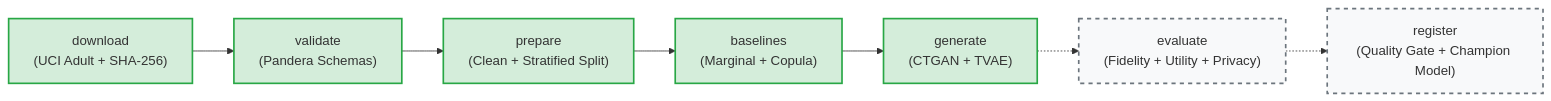
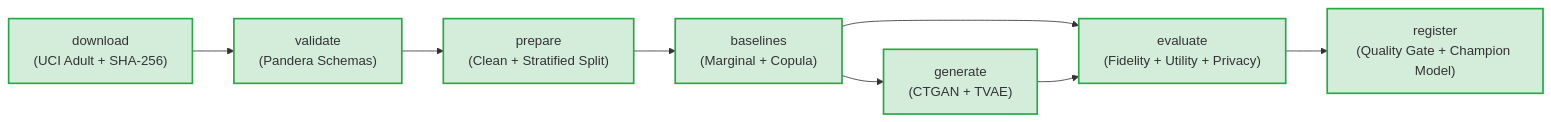
One commit to turab1020/SynthGuard-Ops changed the diagram in README.md. Above: the diagram before and after it, drawn with Mermaid. The commit also changed other lines of this file, not shown here.

Commit message:
docs: update README with T15/T20 test wiring and project roadmap

````diff
--- a/README.md
+++ b/README.md
@@ -34,14 +34,13 @@
 ```mermaid
 flowchart LR
     A["download\n(UCI Adult + SHA-256)"] --> B["validate\n(Pandera Schemas)"]
     B --> C["prepare\n(Clean + Stratified Split)"]
     C --> D["baselines\n(Marginal + Copula)"]
     D --> E["generate\n(CTGAN + TVAE)"]
-    E -.-> F["evaluate\n(Fidelity + Utility + Privacy)"]
-    F -.-> G["register\n(Quality Gate + Champion Model)"]
+    D --> F["evaluate\n(Fidelity + Utility + Privacy)"]
+    E --> F
+    F --> G["register\n(Quality Gate + Champion Model)"]
 
     classDef completed fill:#d4edda,stroke:#28a745,stroke-width:2px;
-    classDef pending fill:#f8f9fa,stroke:#6c757d,stroke-width:2px,stroke-dasharray: 5 5;
-    class A,B,C,D,E completed;
-    class F,G pending;
+    class A,B,C,D,E,F,G completed;
 ```
````
